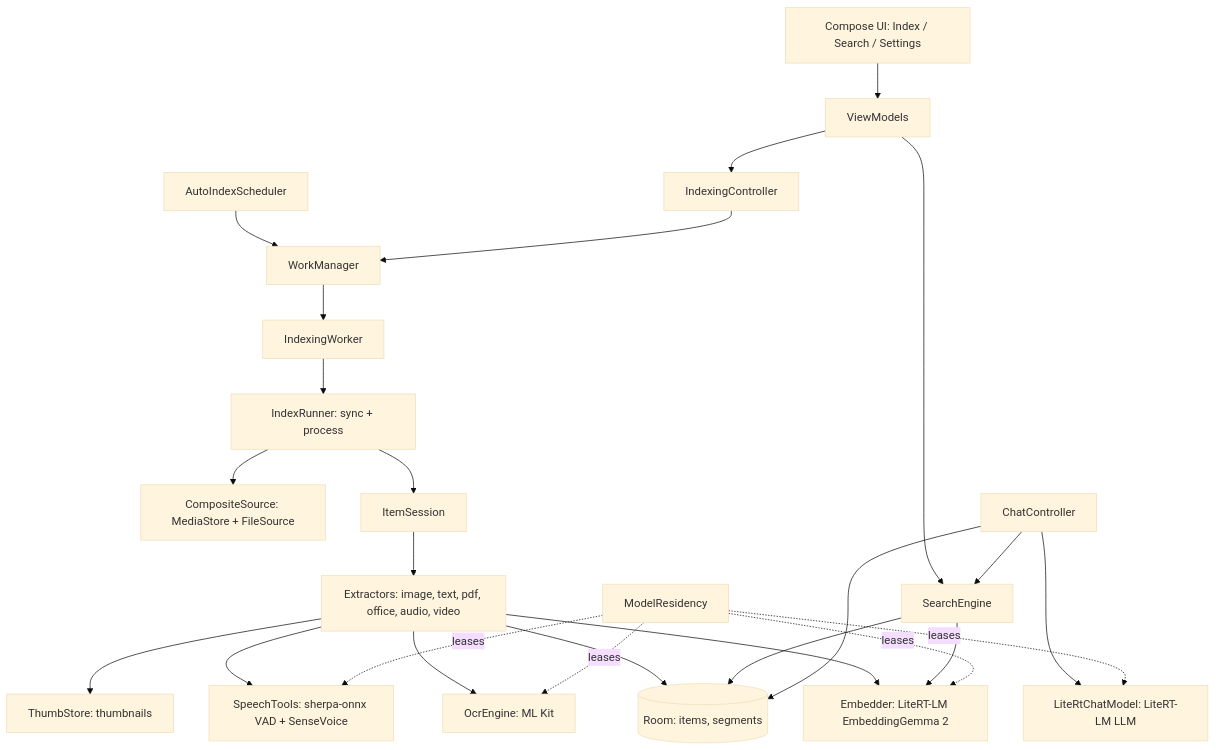
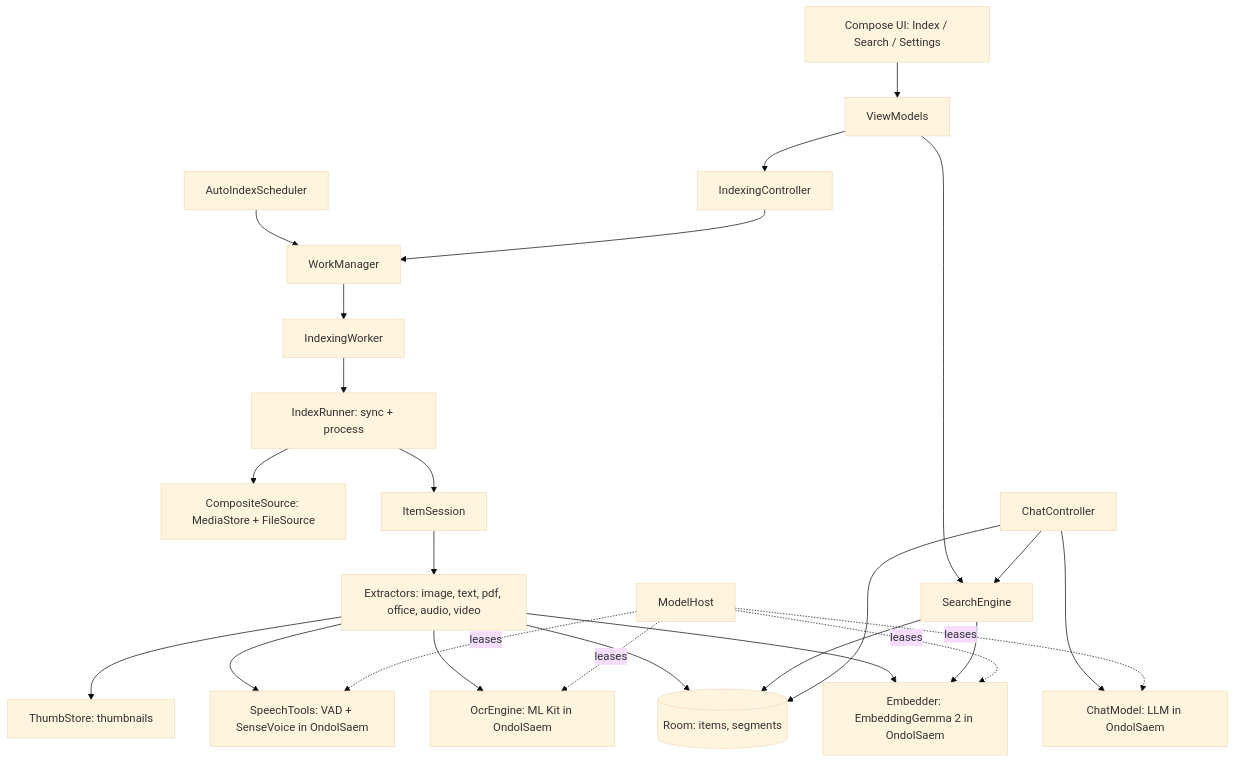
The diagram in docs/architecture.md (TaeHunKim/Nunsori), drawn with Mermaid (base theme) before and after one commit. The commit also changed other lines of this file and 56 other files, not shown here.

````diff
--- a/docs/architecture.md
+++ b/docs/architecture.md
@@ -14,27 +14,27 @@
 ```mermaid
 flowchart TD
     UI[Compose UI: Index / Search / Settings] --> VM[ViewModels]
     VM --> CTRL[IndexingController]
     VM --> SE[SearchEngine]
     SCHED[AutoIndexScheduler] --> WM[WorkManager]
     CTRL --> WM
     WM --> W[IndexingWorker]
     W --> RUN[IndexRunner: sync + process]
     RUN --> SRC[CompositeSource: MediaStore + FileSource]
     RUN --> SESS[ItemSession]
     SESS --> X[Extractors: image, text, pdf, office, audio, video]
-    X --> EMB[Embedder: LiteRT-LM EmbeddingGemma 2]
-    X --> OCR[OcrEngine: ML Kit]
-    X --> ASR[SpeechTools: sherpa-onnx VAD + SenseVoice]
+    X --> EMB[Embedder: EmbeddingGemma 2 in OndolSaem]
+    X --> OCR[OcrEngine: ML Kit in OndolSaem]
+    X --> ASR[SpeechTools: VAD + SenseVoice in OndolSaem]
     X --> DB[(Room: items, segments)]
     X --> TH[ThumbStore: thumbnails]
     SE --> DB
     SE --> EMB
     CHAT[ChatController] --> SE
-    CHAT --> LLM[LiteRtChatModel: LiteRT-LM LLM]
+    CHAT --> LLM[ChatModel: LLM in OndolSaem]
     CHAT --> DB
-    RES[ModelResidency] -.leases.-> EMB
+    RES[ModelHost] -.leases.-> EMB
     RES -.leases.-> OCR
     RES -.leases.-> ASR
     RES -.leases.-> LLM
 ```
````
